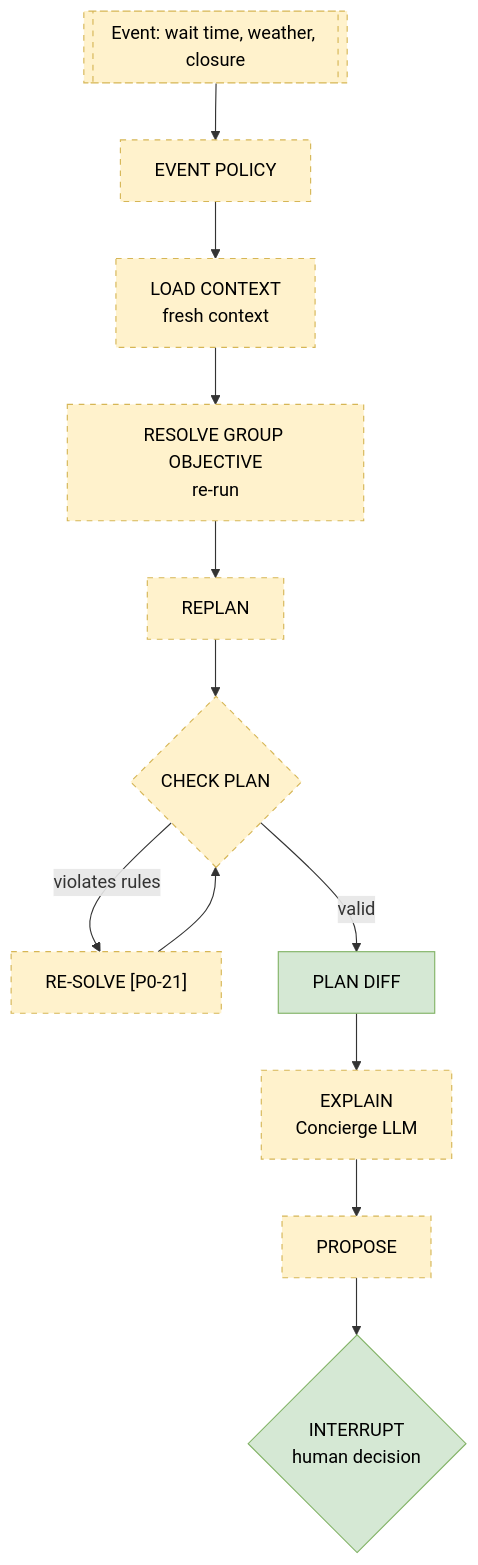
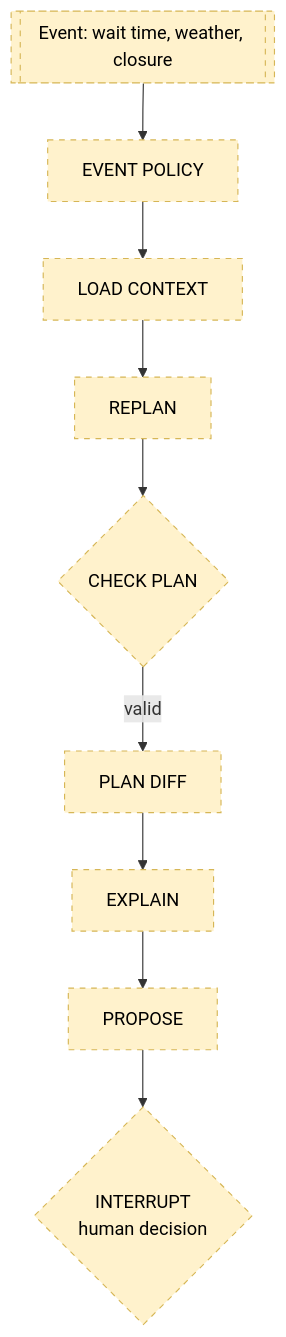
One commit to andrea0727/parkmind-agentic-ai changed the second of 2 diagrams in docs/diagrams/agent-flow.md. Above: the diagram before and after it, drawn with Mermaid. The commit also changed other lines of this file and 3 other files, not shown here.

Commit message:
adding diagrams

````diff
--- a/docs/diagrams/agent-flow.md
+++ b/docs/diagrams/agent-flow.md
@@ -79,17 +59,13 @@
 ```mermaid
 flowchart TD
   EV[["Event: wait time, weather, closure"]]:::target --> EP["EVENT POLICY"]:::target
-  EP --> LC["LOAD CONTEXT<br/>fresh context"]:::target
-  LC --> GO["RESOLVE GROUP OBJECTIVE<br/>re-run"]:::target
-  GO --> RP["REPLAN"]:::target
+  EP --> LC["LOAD CONTEXT"]:::target
+  LC --> RP["REPLAN"]:::target
   RP --> CP{"CHECK PLAN"}:::target
-  CP -- violates rules --> RS["RE-SOLVE [P0-21]"]:::target
-  RS --> CP
-  CP -- valid --> PD["PLAN DIFF"]:::impl
-  PD --> EX["EXPLAIN<br/>Concierge LLM"]:::target
+  CP -- valid --> PD["PLAN DIFF"]:::target
+  PD --> EX["EXPLAIN"]:::target
   EX --> PR["PROPOSE"]:::target
-  PR --> IN{"INTERRUPT<br/>human decision"}:::impl
+  PR --> IN{"INTERRUPT<br/>human decision"}:::target
 
-  classDef impl fill:#d5e8d4,stroke:#82b366,color:#000
   classDef target fill:#fff2cc,stroke:#d6b656,stroke-dasharray:5 5,color:#000
 ```
````
